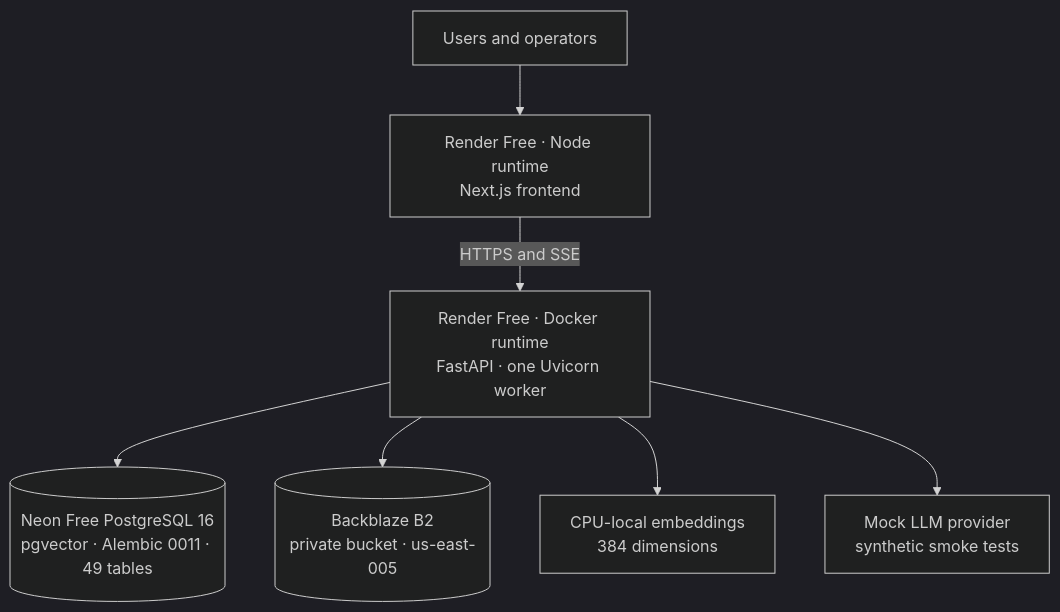
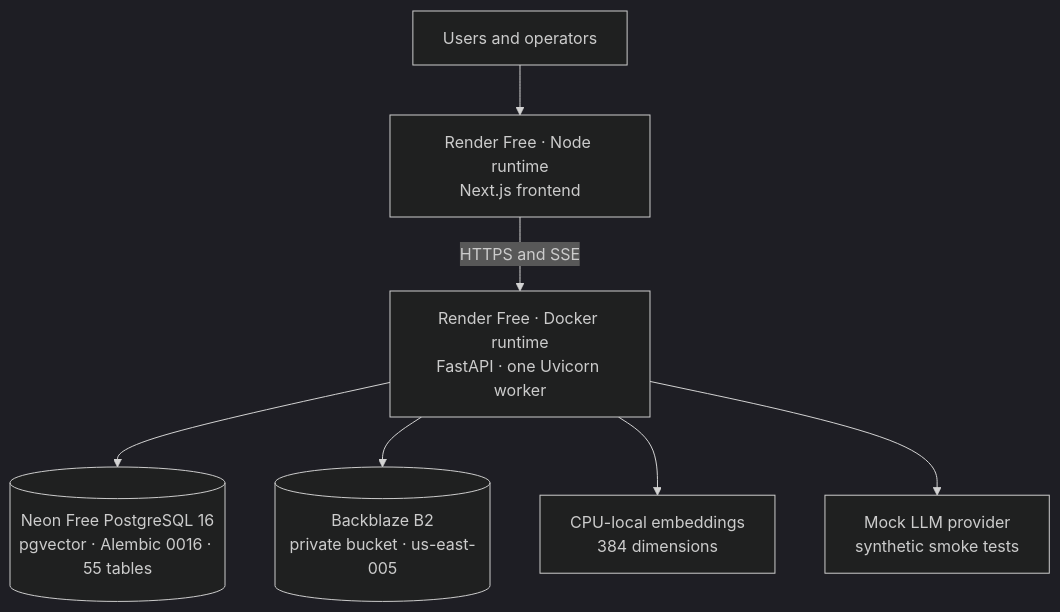
Before and after one commit to mustafaabadshah/Multi-Tenant-AI-Platform-CaaS: the third of 3 diagrams in README.md, drawn with Mermaid (dark theme). The commit also changed other lines of this file and 27 other files, not shown here.

````diff
--- a/README.md
+++ b/README.md
@@ -102,9 +108,9 @@
 ```mermaid
 flowchart TB
     U["Users and operators"] --> FE["Render Free · Node runtime<br/>Next.js frontend"]
     FE -->|HTTPS and SSE| BE["Render Free · Docker runtime<br/>FastAPI · one Uvicorn worker"]
-    BE --> PG[("Neon Free PostgreSQL 16<br/>pgvector · Alembic 0011 · 49 tables")]
+    BE --> PG[("Neon Free PostgreSQL 16<br/>pgvector · Alembic 0016 · 55 tables")]
     BE --> B2[("Backblaze B2<br/>private bucket · us-east-005")]
     BE --> EMB["CPU-local embeddings<br/>384 dimensions"]
     BE --> MOCK["Mock LLM provider<br/>synthetic smoke tests"]
 ```
````
